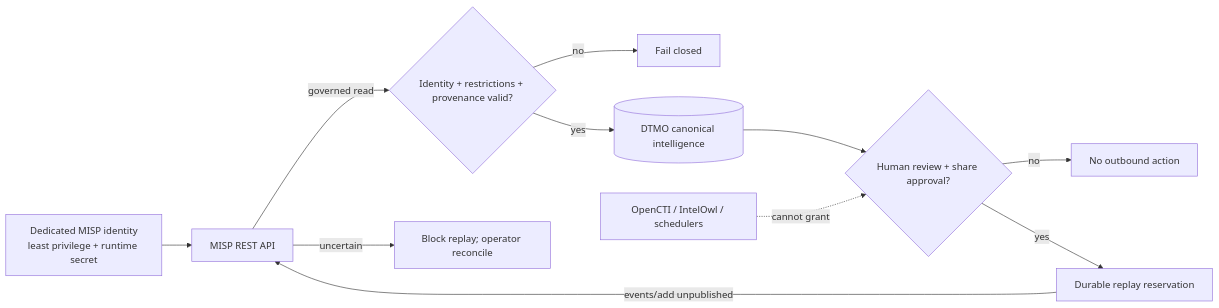
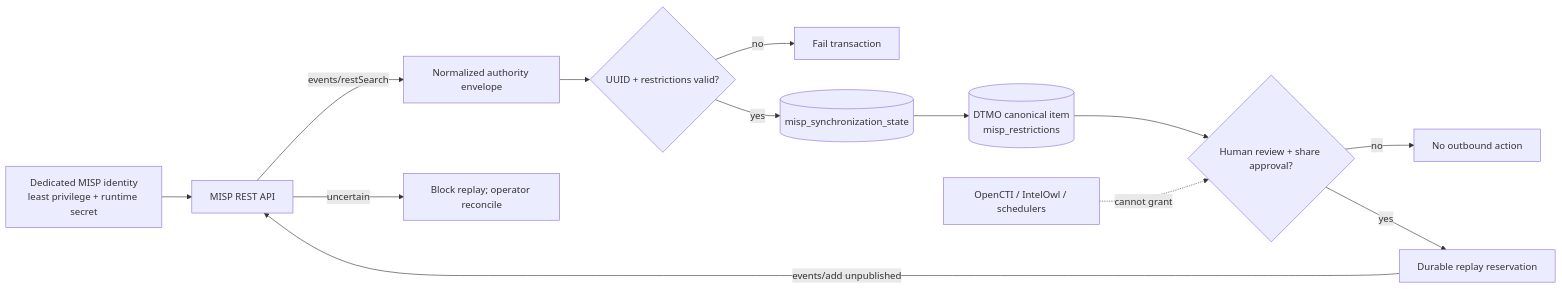
One commit to GJvManen/dtmo changed the diagram in docs/security/SECURITY_OVERVIEW.md. Above: the diagram before and after it, drawn with Mermaid. The commit also changed other lines of this file, not shown here.

Commit message:
Reconcile security overview for MISP authority persistence

````diff
--- a/docs/security/SECURITY_OVERVIEW.md
+++ b/docs/security/SECURITY_OVERVIEW.md
@@ -57,13 +61,15 @@
 ```mermaid
 flowchart LR
     I[Dedicated MISP identity\nleast privilege + runtime secret] --> M[MISP REST API]
-    M -->|governed read| V{Identity + restrictions + provenance valid?}
-    V -->|no| X[Fail closed]
-    V -->|yes| D[(DTMO canonical intelligence)]
+    M -->|events/restSearch| N[Normalized authority envelope]
+    N --> V{UUID + restrictions valid?}
+    V -->|no| X[Fail transaction]
+    V -->|yes| S[(misp_synchronization_state)]
+    S --> D[(DTMO canonical item\nmisp_restrictions)]
     D --> H{Human review + share approval?}
-    H -->|no| N[No outbound action]
+    H -->|no| Z[No outbound action]
     H -->|yes| P[Durable replay reservation]
     P -->|events/add unpublished| M
     M -->|uncertain| U[Block replay; operator reconcile]
     O[OpenCTI / IntelOwl / schedulers] -. cannot grant .-> H
 ```
````
